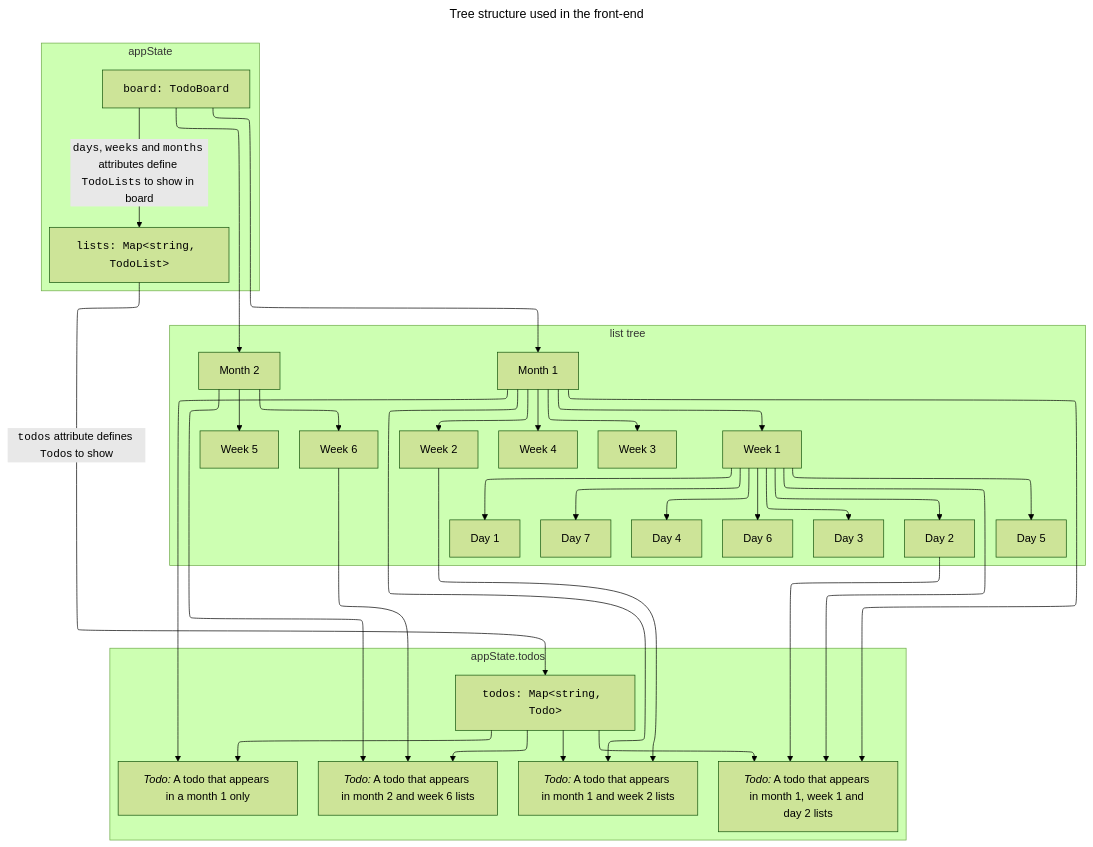
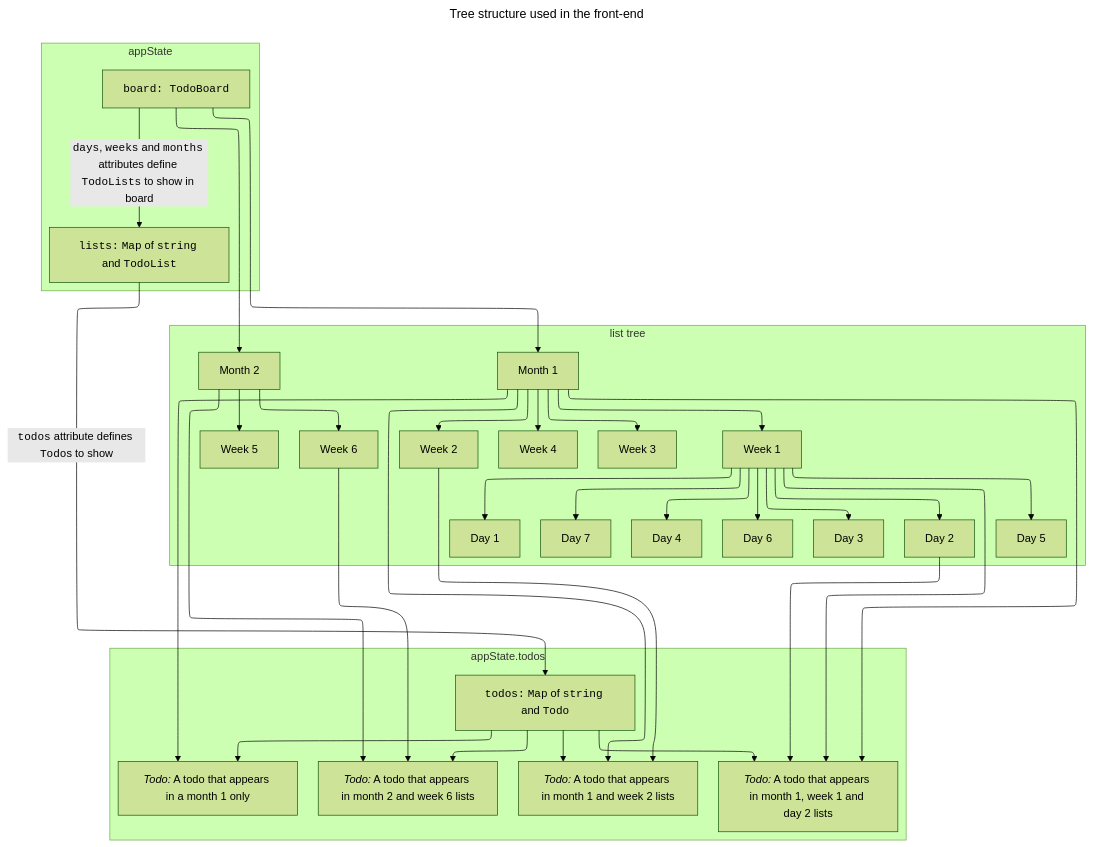
One commit to colinfwren/atomic-todo changed the second of 4 diagrams in docs/adr/0001-move-from-tree-based-data-structure-to-filtered-query.md. Above: the diagram before and after it, drawn with Mermaid (forest theme). The commit also changed other lines of this file, not shown here.

Commit message:
Fixing issues rendering Mermaid in ADR0001 on Github

````diff
--- a/docs/adr/0001-move-from-tree-based-data-structure-to-filtered-query.md
+++ b/docs/adr/0001-move-from-tree-based-data-structure-to-filtered-query.md
@@ -43,69 +44,69 @@
 ```mermaid
 ---
 title: Tree structure used in the front-end
 ---
 %%{init: {"flowchart": {"defaultRenderer": "elk"}} }%%
-flowchart
+graph TB
     todo1[<em>Todo:</em> A todo that appears in a month 1 only]
     todo2[<em>Todo:</em> A todo that appears in month 1 and week 2 lists]
     todo3[<em>Todo:</em> A todo that appears in month 1, week 1 and day 2 lists]
     todo4[<em>Todo:</em> A todo that appears in month 2 and week 6 lists]
 
     dayTodolist1["Day 1"]
     dayTodoList2["Day 2"]
     dayTodoList3["Day 3"]
     dayTodoList4["Day 4"]
     dayTodoList5["Day 5"]
     dayTodoList6["Day 6"]
     dayTodoList7["Day 7"]
     weekTodoList1["Week 1"]
     weekTodoList2["Week 2"]
     weekTodoList3["Week 3"]
     weekTodoList4["Week 4"]
     weekTodoList5["Week 5"]
     weekTodoList6["Week 6"]
     monthTodoList1["Month 1"]
     monthTodoList2["Month 2"]
     
-    todos[<code>todos: Map&lt;string, Todo&gt;</code>]
-    lists[<code>lists: Map&lt;string, TodoList&gt;</code>]
+    todos[<code>todos:</code> <code>Map</code> of <code>string</code> and <code>Todo</code>]
+    lists[<code>lists:</code> <code>Map</code> of <code>string</code> and <code>TodoList</code>]
     board[<code>board: TodoBoard</code>]
     
     subgraph appState.todos
     todos-->todo1
     todos-->todo2
     todos-->todo3
     todos-->todo4
     end
 
     subgraph appState
     board-- <code>days</code>, <code>weeks</code> and <code>months</code> attributes define <code>TodoLists</code> to show in board -->lists
     lists-- <code>todos</code> attribute defines <code>Todo</code>s to show -->todos
     end
 
     subgraph list tree
     board-->monthTodoList1
     board-->monthTodoList2
     monthTodoList1-->weekTodoList1
     monthTodoList1-->weekTodoList2
     monthTodoList1-->weekTodoList3
     monthTodoList1-->weekTodoList4
     monthTodoList2-->weekTodoList5
     monthTodoList2-->weekTodoList6
     weekTodoList1-->dayTodolist1
     weekTodoList1-->dayTodoList2
     weekTodoList1-->dayTodoList3
     weekTodoList1-->dayTodoList4
     weekTodoList1-->dayTodoList5
     weekTodoList1-->dayTodoList6
     weekTodoList1-->dayTodoList7
     dayTodoList2-->todo3
     weekTodoList1-->todo3
     weekTodoList2-->todo2
     weekTodoList6-->todo4
     monthTodoList1-->todo1
     monthTodoList1-->todo2
     monthTodoList1-->todo3
     monthTodoList2-->todo4
     end
 ```
````
